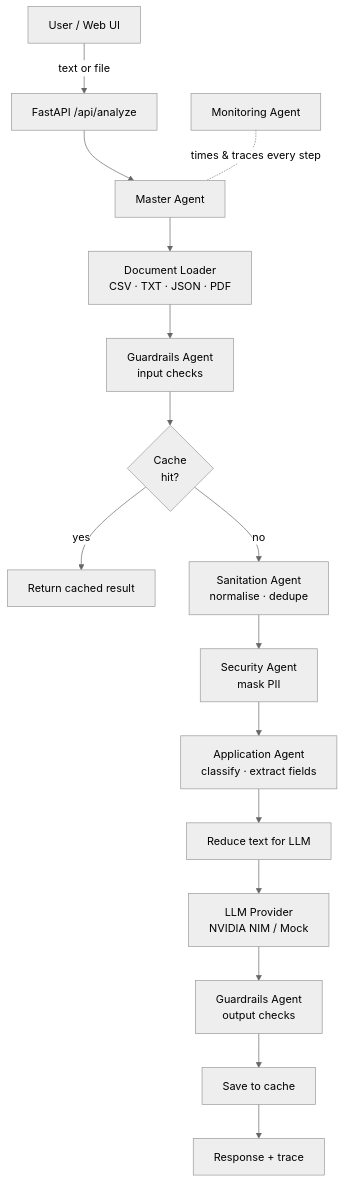
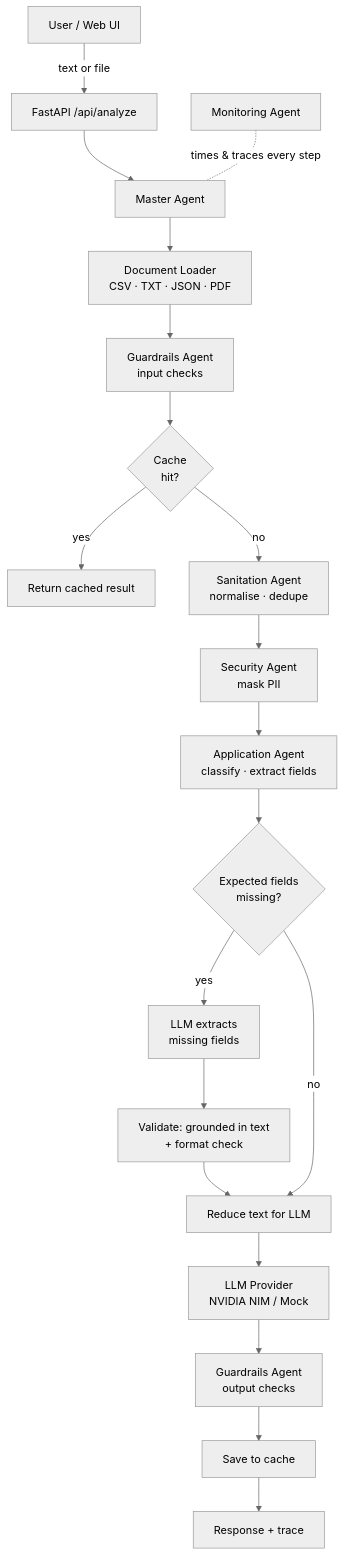
Before and after one commit to suryanshranjan/multi-agent-document-processor: the diagram in README.md, drawn with Mermaid (neutral theme). The commit also changed other lines of this file and 10 other files, not shown here.

First line of the commit message:
Add LLM extraction fallback with grounded validation

````diff
--- a/README.md
+++ b/README.md
@@ -39,17 +42,21 @@
 ```mermaid
 flowchart TD
     U[User / Web UI] -->|text or file| API[FastAPI /api/analyze]
     API --> M[Master Agent]
     M --> L[Document Loader<br/>CSV · TXT · JSON · PDF]
     L --> G1[Guardrails Agent<br/>input checks]
     G1 --> C{Cache<br/>hit?}
     C -- yes --> R[Return cached result]
     C -- no --> S[Sanitation Agent<br/>normalise · dedupe]
     S --> SEC[Security Agent<br/>mask PII]
     SEC --> APP[Application Agent<br/>classify · extract fields]
-    APP --> RED[Reduce text for LLM]
+    APP --> MISS{Expected fields<br/>missing?}
+    MISS -- yes --> EXT[LLM extracts<br/>missing fields]
+    EXT --> VAL[Validate: grounded in text<br/>+ format check]
+    VAL --> RED[Reduce text for LLM]
+    MISS -- no --> RED
     RED --> LLM[LLM Provider<br/>NVIDIA NIM / Mock]
     LLM --> G2[Guardrails Agent<br/>output checks]
     G2 --> SAVE[Save to cache] --> OUT[Response + trace]
     MON[Monitoring Agent] -. times & traces every step .- M
 ```
````
